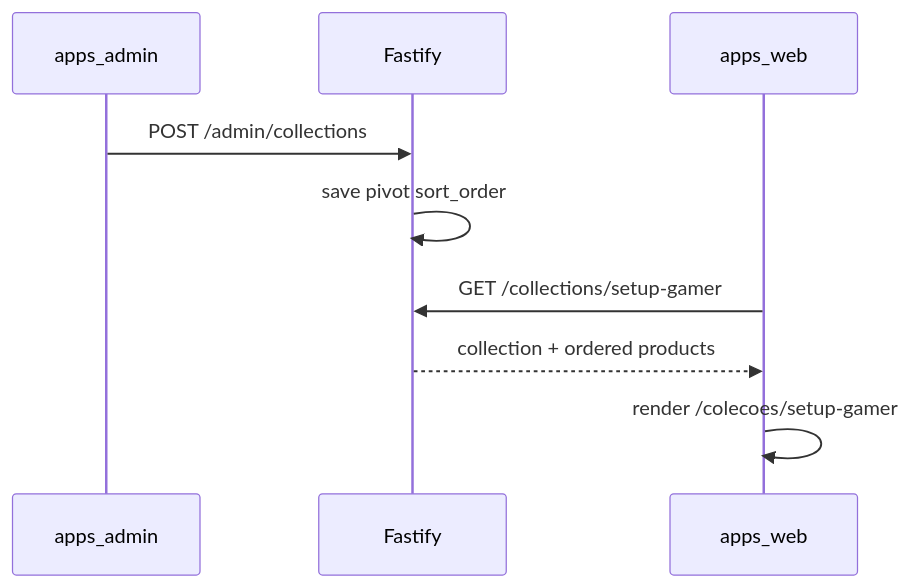
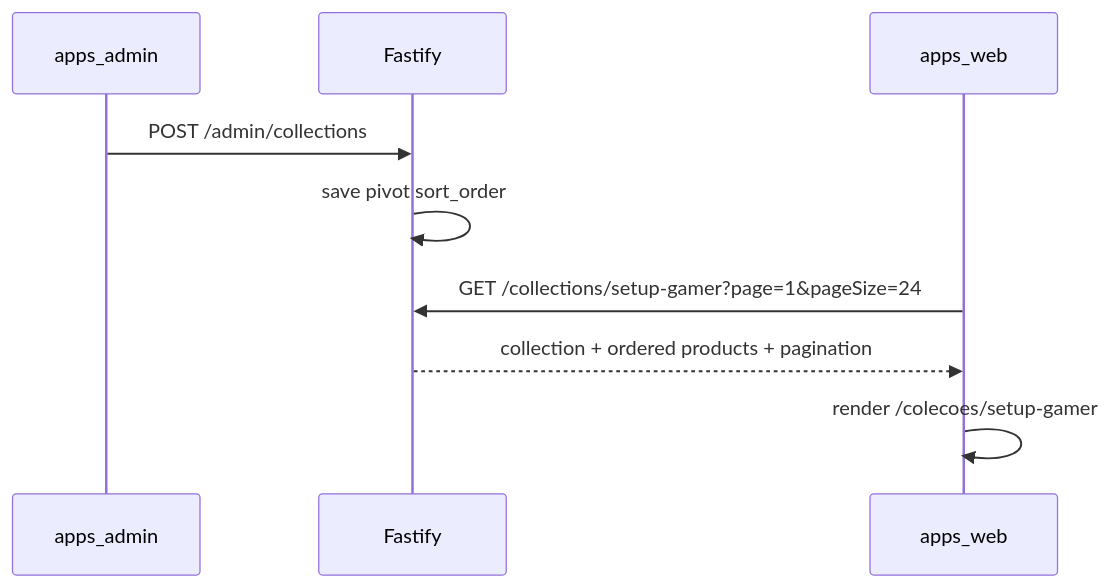
One commit to valerio-figueira/ecommerce-amazon changed the diagram in docs/curated-collections.md. Above: the diagram before and after it, drawn with Mermaid. The commit also changed other lines of this file and 15 other files, not shown here.

First line of the commit message:
Implement pagination for curated collections and enhance API response structure

````diff
--- a/docs/curated-collections.md
+++ b/docs/curated-collections.md
@@ -69,14 +69,14 @@
 ```mermaid
 sequenceDiagram
   participant Admin as apps_admin
   participant API as Fastify
   participant Web as apps_web
 
   Admin->>API: POST /admin/collections
   API->>API: save pivot sort_order
 
-  Web->>API: GET /collections/setup-gamer
-  API-->>Web: collection + ordered products
+  Web->>API: GET /collections/setup-gamer?page=1&pageSize=24
+  API-->>Web: collection + ordered products + pagination
 
   Web->>Web: render /colecoes/setup-gamer
 ```
````
